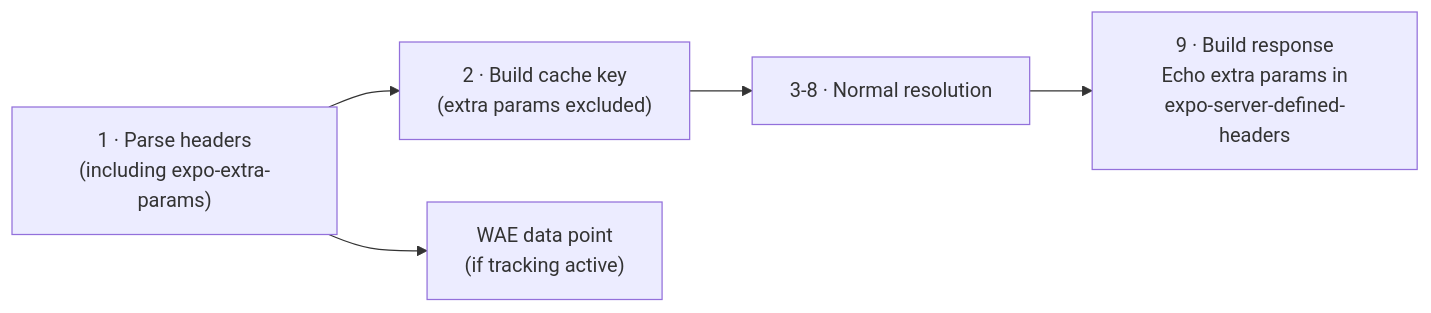
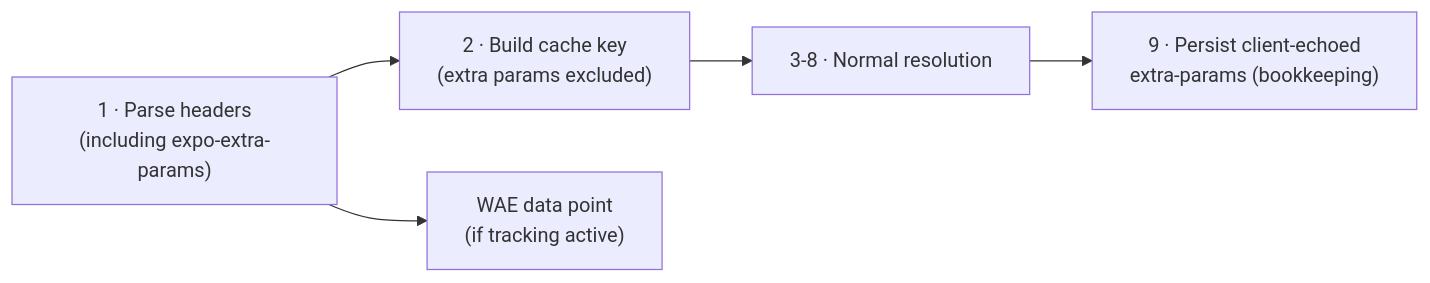
The first of 2 diagrams in docs/specs/server/20-extra-params.md (aislopware/better-update), drawn with Mermaid before and after one commit. The commit also changed other lines of this file and 28 other files, not shown here.

````diff
--- a/docs/specs/server/20-extra-params.md
+++ b/docs/specs/server/20-extra-params.md
@@ -31,7 +31,7 @@
 ```mermaid
 flowchart LR
     Parse["1 · Parse headers<br/>(including expo-extra-params)"] --> CacheKey["2 · Build cache key<br/>(extra params excluded)"]
     CacheKey --> Resolve["3-8 · Normal resolution"]
-    Resolve --> Response["9 · Build response<br/>Echo extra params in<br/>expo-server-defined-headers"]
+    Resolve --> Persist["9 · Persist client-echoed<br/>extra-params (bookkeeping)"]
     Parse --> WAE["WAE data point<br/>(if tracking active)"]
 ```
````
